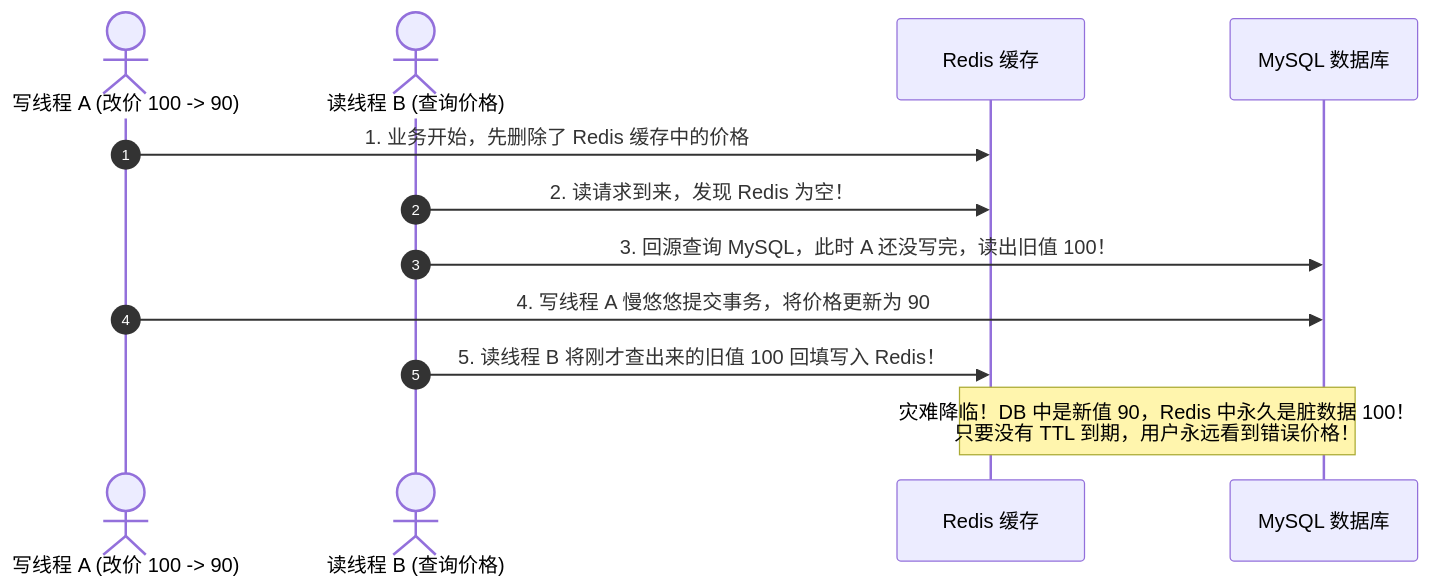
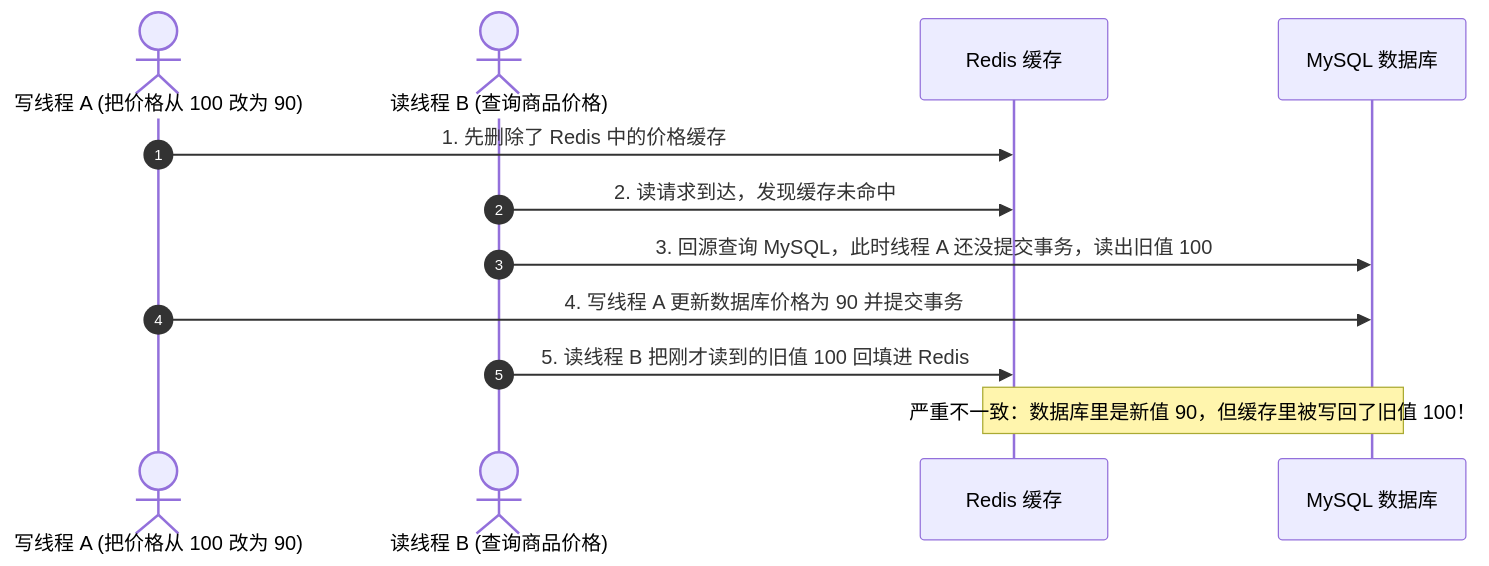
The second of 4 diagrams in 20-Java后端/08-系统设计/03-缓存架构设计.md (GuoWWWX/knowledge-base), drawn with Mermaid before and after one commit. The commit also changed other lines of this file and 251 other files, not shown here.

````diff
--- a/20-Java后端/08-系统设计/03-缓存架构设计.md
+++ b/20-Java后端/08-系统设计/03-缓存架构设计.md
@@ -84,16 +88,16 @@
 ```mermaid
 sequenceDiagram
     autonumber
-    actor ThreadA as 写线程 A (改价 100 -> 90)
-    actor ThreadB as 读线程 B (查询价格)
+    actor ThreadA as 写线程 A (把价格从 100 改为 90)
+    actor ThreadB as 读线程 B (查询商品价格)
     participant Redis as Redis 缓存
     participant DB as MySQL 数据库
 
-    ThreadA->>Redis: 1. 业务开始，先删除了 Redis 缓存中的价格
-    ThreadB->>Redis: 2. 读请求到来，发现 Redis 为空！
-    ThreadB->>DB: 3. 回源查询 MySQL，此时 A 还没写完，读出旧值 100！
-    ThreadA->>DB: 4. 写线程 A 慢悠悠提交事务，将价格更新为 90
-    ThreadB->>Redis: 5. 读线程 B 将刚才查出来的旧值 100 回填写入 Redis！
-    
-    Note over Redis,DB: 灾难降临！DB 中是新值 90，Redis 中永久是脏数据 100！<br/>只要没有 TTL 到期，用户永远看到错误价格！
+    ThreadA->>Redis: 1. 先删除了 Redis 中的价格缓存
+    ThreadB->>Redis: 2. 读请求到达，发现缓存未命中
+    ThreadB->>DB: 3. 回源查询 MySQL，此时线程 A 还没提交事务，读出旧值 100
+    ThreadA->>DB: 4. 写线程 A 更新数据库价格为 90 并提交事务
+    ThreadB->>Redis: 5. 读线程 B 把刚才读到的旧值 100 回填进 Redis
+
+    Note over Redis,DB: 严重不一致：数据库里是新值 90，但缓存里被写回了旧值 100！
 ```
````
